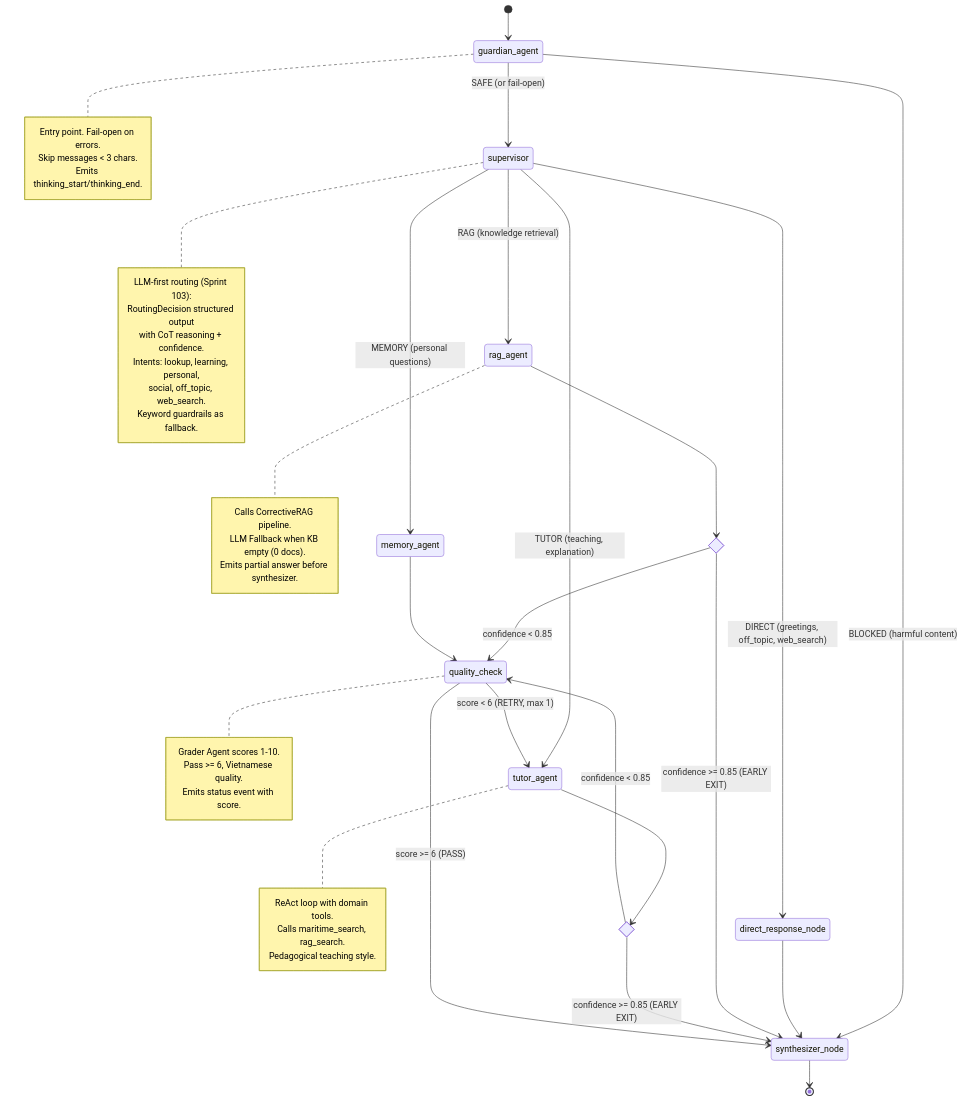
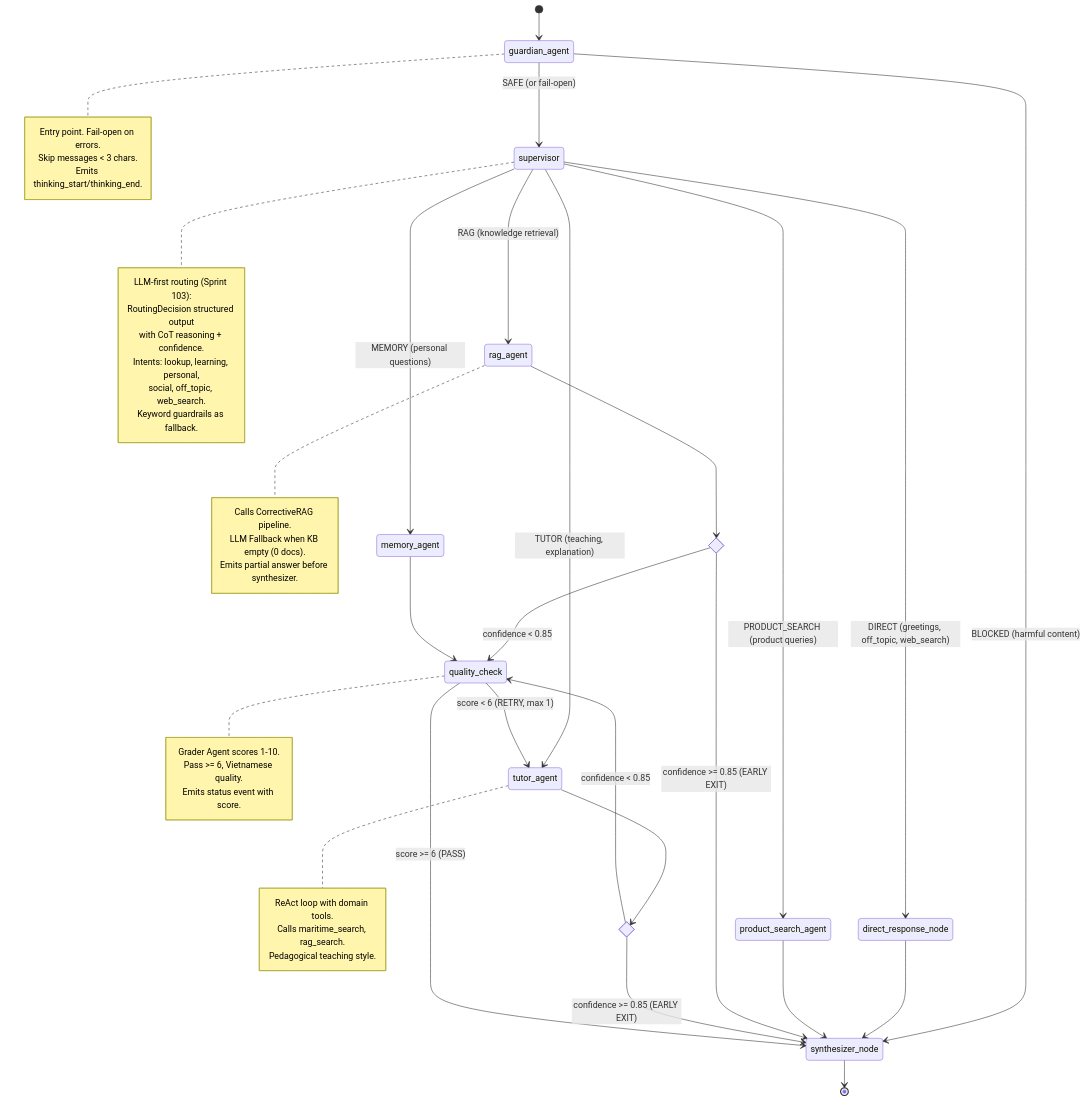
Before and after one commit to meiiie/wiii: the fifth of 20 diagrams in maritime-ai-service/docs/architecture/SYSTEM_FLOW.md, drawn with Mermaid. The commit also changed other lines of this file and 175 other files, not shown here.

````diff
--- a/maritime-ai-service/docs/architecture/SYSTEM_FLOW.md
+++ b/maritime-ai-service/docs/architecture/SYSTEM_FLOW.md
@@ -298,64 +311,66 @@
 ```mermaid
 stateDiagram-v2
     [*] --> guardian_agent
 
     guardian_agent --> supervisor: SAFE (or fail-open)
     guardian_agent --> synthesizer_node: BLOCKED (harmful content)
 
     supervisor --> direct_response_node: DIRECT (greetings, off_topic, web_search)
     supervisor --> memory_agent: MEMORY (personal questions)
     supervisor --> tutor_agent: TUTOR (teaching, explanation)
     supervisor --> rag_agent: RAG (knowledge retrieval)
+    supervisor --> product_search_agent: PRODUCT_SEARCH (product queries)
 
     direct_response_node --> synthesizer_node
+    product_search_agent --> synthesizer_node
 
     state rag_check <<choice>>
     rag_agent --> rag_check
     rag_check --> synthesizer_node: confidence >= 0.85 (EARLY EXIT)
     rag_check --> quality_check: confidence < 0.85
 
     state tutor_check <<choice>>
     tutor_agent --> tutor_check
     tutor_check --> synthesizer_node: confidence >= 0.85 (EARLY EXIT)
     tutor_check --> quality_check: confidence < 0.85
 
     memory_agent --> quality_check
 
     quality_check --> synthesizer_node: score >= 6 (PASS)
     quality_check --> tutor_agent: score < 6 (RETRY, max 1)
 
     synthesizer_node --> [*]
 
     note right of guardian_agent
         Entry point. Fail-open on errors.
         Skip messages < 3 chars.
         Emits thinking_start/thinking_end.
     end note
 
     note right of supervisor
         LLM-first routing (Sprint 103):
         RoutingDecision structured output
         with CoT reasoning + confidence.
         Intents: lookup, learning, personal,
         social, off_topic, web_search.
         Keyword guardrails as fallback.
     end note
 
     note right of rag_agent
         Calls CorrectiveRAG pipeline.
         LLM Fallback when KB empty (0 docs).
         Emits partial answer before synthesizer.
     end note
 
     note right of tutor_agent
         ReAct loop with domain tools.
         Calls maritime_search, rag_search.
         Pedagogical teaching style.
     end note
 
     note right of quality_check
         Grader Agent scores 1-10.
         Pass >= 6, Vietnamese quality.
         Emits status event with score.
     end note
 ```
````
